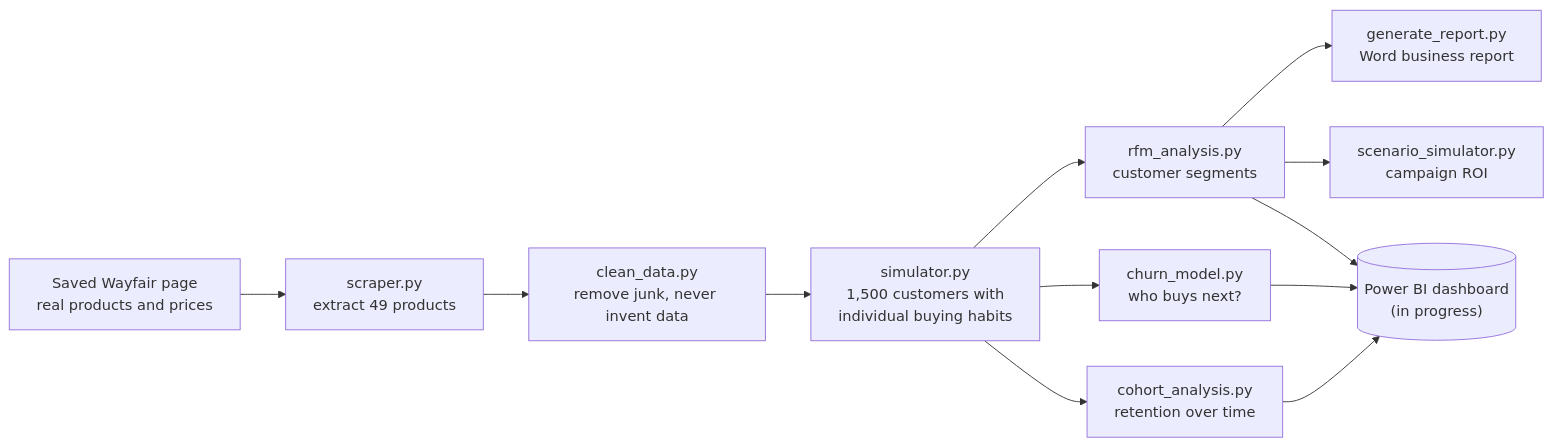
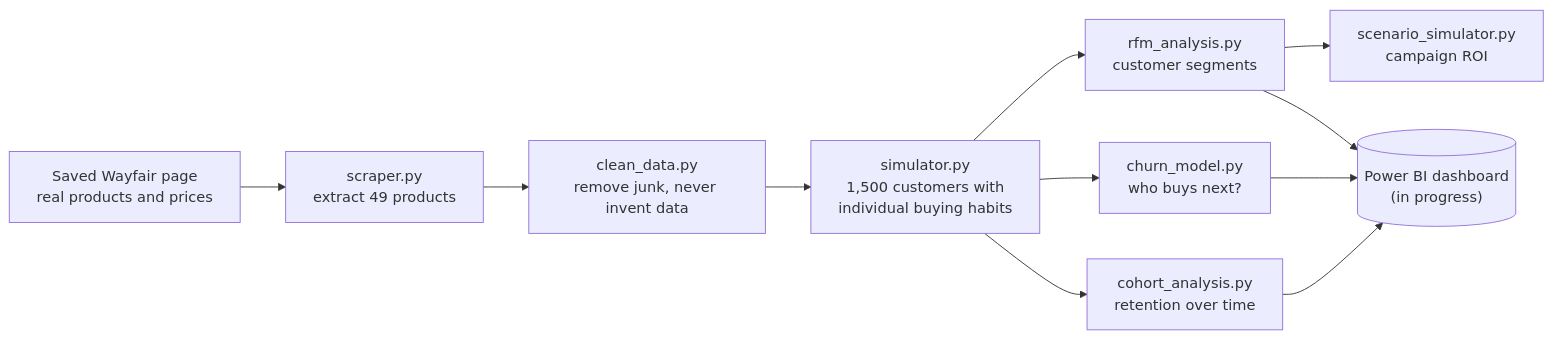
Before and after one commit to jean-paulio/E-Commerce-RFM-Pipeline: the diagram in README.md, drawn with Mermaid. The commit also changed other lines of this file and 1 other file, not shown here.

````diff
--- a/README.md
+++ b/README.md
@@ -26,14 +26,13 @@
 ```mermaid
 flowchart LR
     A["Saved Wayfair page<br/>real products and prices"] --> B["scraper.py<br/>extract 49 products"]
     B --> C["clean_data.py<br/>remove junk, never invent data"]
     C --> D["simulator.py<br/>1,500 customers with<br/>individual buying habits"]
     D --> E["rfm_analysis.py<br/>customer segments"]
-    E --> F["generate_report.py<br/>Word business report"]
     D --> G["churn_model.py<br/>who buys next?"]
     D --> H["cohort_analysis.py<br/>retention over time"]
     E --> I["scenario_simulator.py<br/>campaign ROI"]
     E --> J[("Power BI dashboard<br/>(in progress)")]
     G --> J
     H --> J
 ```
````
